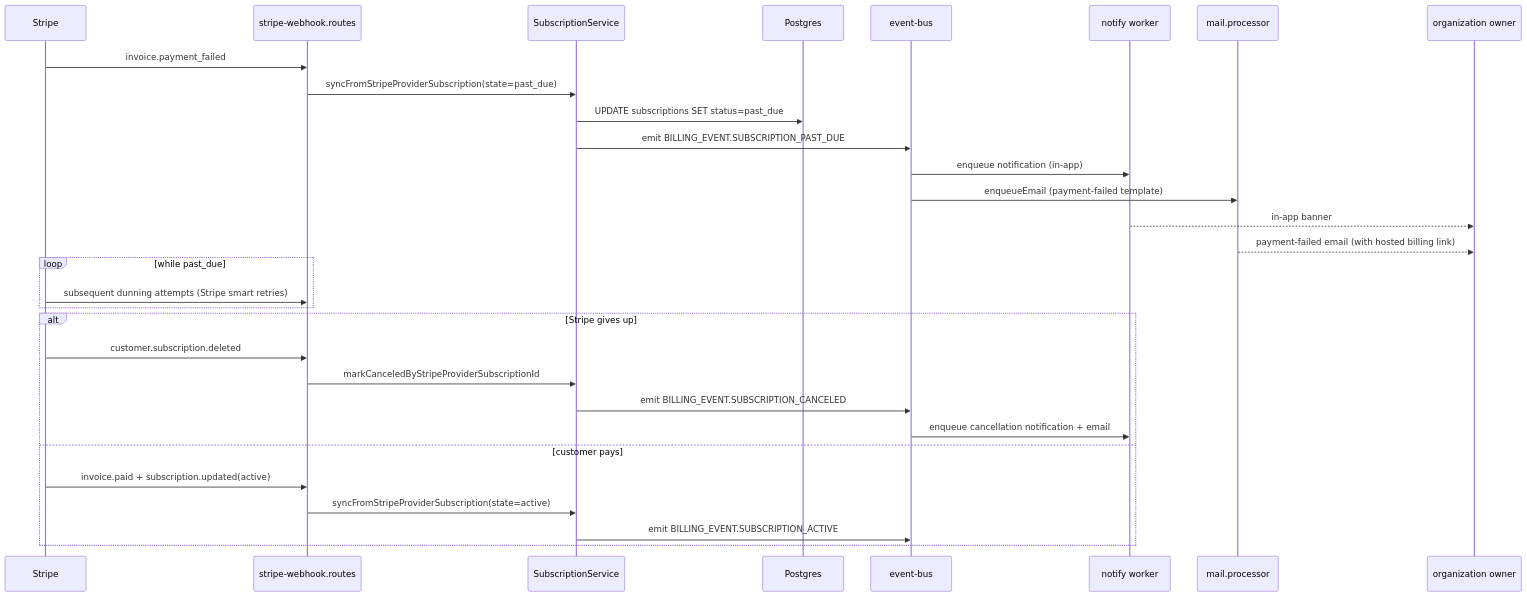
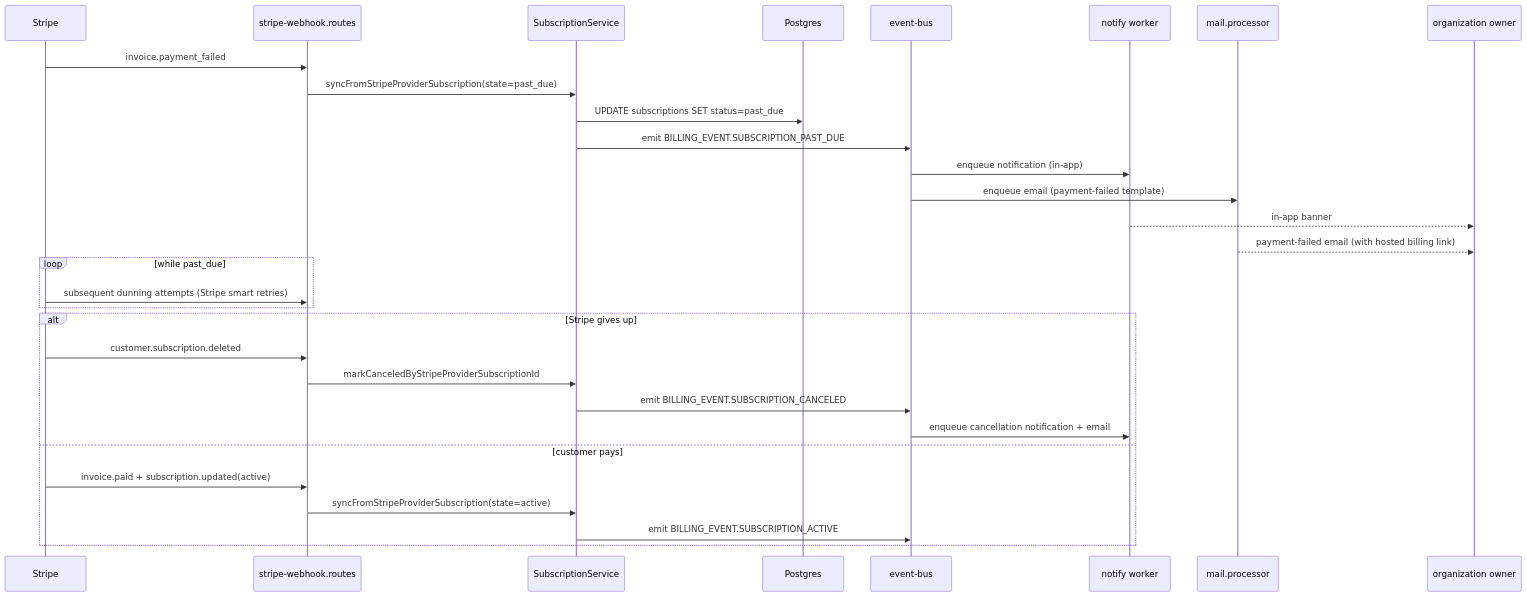
Before and after one commit to nikunjmavani/core-be: the sixth of 6 diagrams in src/FLOWS.md, drawn with Mermaid. The commit also changed other lines of this file and 50 other files, not shown here.

````diff
--- a/src/FLOWS.md
+++ b/src/FLOWS.md
@@ -277,35 +277,35 @@
 ```mermaid
 sequenceDiagram
   participant Stripe
   participant Ingest as stripe-webhook.routes
   participant Sub as SubscriptionService
   participant DB as Postgres
   participant Bus as event-bus
   participant Notify as notify worker
   participant Mail as mail.processor
   participant Org as organization owner
 
   Stripe->>Ingest: invoice.payment_failed
   Ingest->>Sub: syncFromStripeProviderSubscription(state=past_due)
   Sub->>DB: UPDATE subscriptions SET status=past_due
   Sub->>Bus: emit BILLING_EVENT.SUBSCRIPTION_PAST_DUE
   Bus->>Notify: enqueue notification (in-app)
-  Bus->>Mail: enqueueEmail (payment-failed template)
+  Bus->>Mail: enqueue email (payment-failed template)
   Notify-->>Org: in-app banner
   Mail-->>Org: payment-failed email (with hosted billing link)
 
   loop while past_due
     Stripe->>Ingest: subsequent dunning attempts (Stripe smart retries)
   end
 
   alt Stripe gives up
     Stripe->>Ingest: customer.subscription.deleted
     Ingest->>Sub: markCanceledByStripeProviderSubscriptionId
     Sub->>Bus: emit BILLING_EVENT.SUBSCRIPTION_CANCELED
     Bus->>Notify: enqueue cancellation notification + email
   else customer pays
     Stripe->>Ingest: invoice.paid + subscription.updated(active)
     Ingest->>Sub: syncFromStripeProviderSubscription(state=active)
     Sub->>Bus: emit BILLING_EVENT.SUBSCRIPTION_ACTIVE
   end
 ```
````
